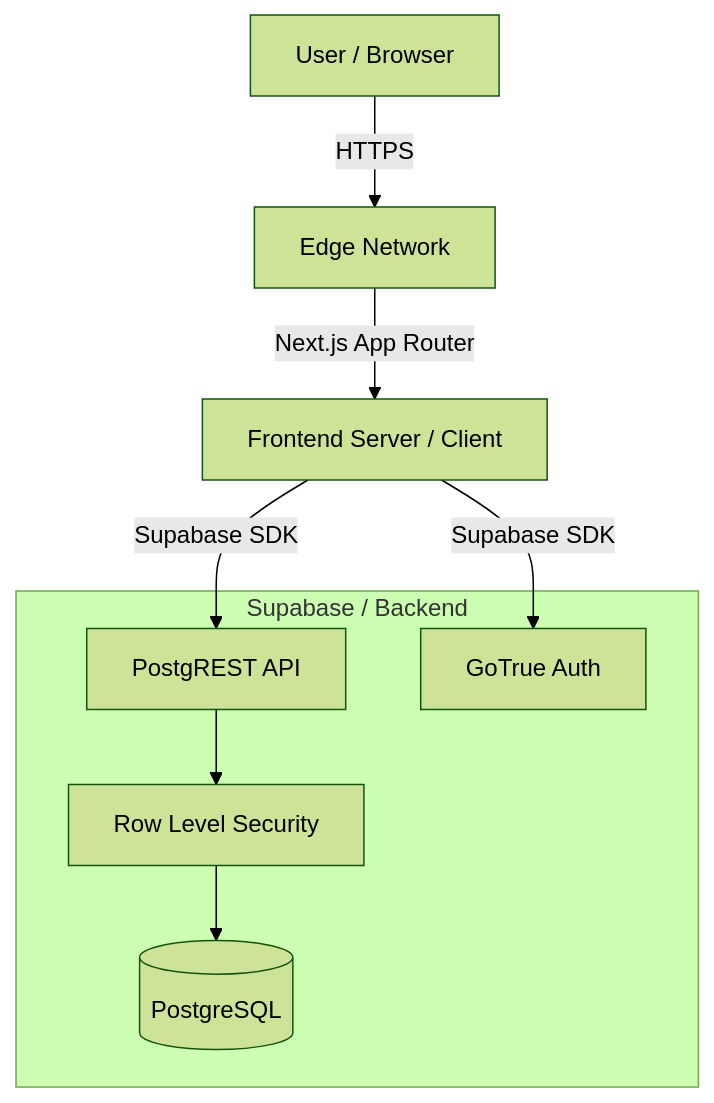
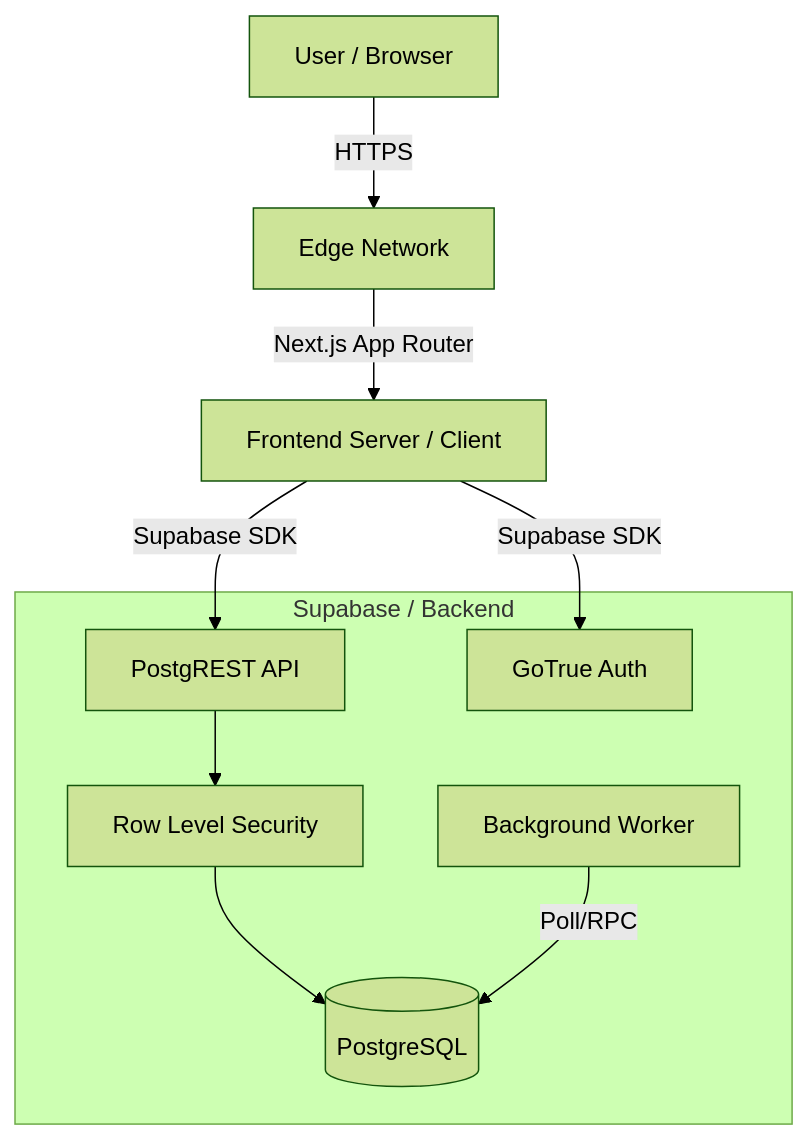
One commit to nicoolasmr/ferramenta-financeira changed the diagram in docs/ARCHITECTURE.md. Above: the diagram before and after it, drawn with Mermaid (forest theme). The commit also changed other lines of this file and 51 other files, not shown here.

````diff
--- a/docs/ARCHITECTURE.md
+++ b/docs/ARCHITECTURE.md
@@ -7,17 +7,19 @@
 ```mermaid
 graph TD
     User[User / Browser] -->|HTTPS| CDN[Edge Network]
     CDN -->|Next.js App Router| Frontend[Frontend Server / Client]
     
     subgraph "Supabase / Backend"
         API[PostgREST API]
         Auth[GoTrue Auth]
         DB[(PostgreSQL)]
         RLS[Row Level Security]
+        Worker[Background Worker]
     end
     
     Frontend -->|Supabase SDK| API
     Frontend -->|Supabase SDK| Auth
     API --> RLS
     RLS --> DB
+    Worker -->|Poll/RPC| DB
 ```
````
